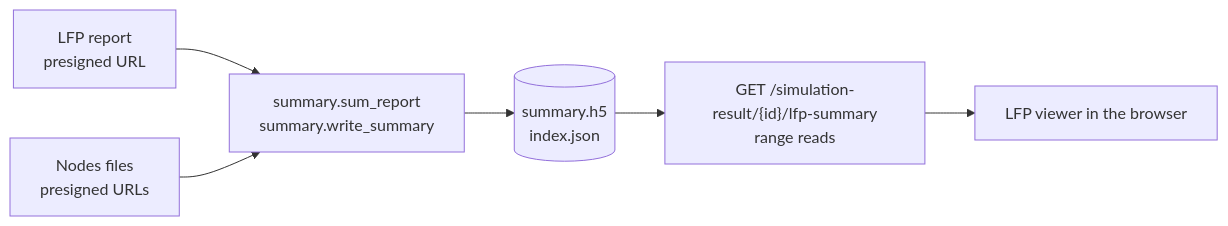
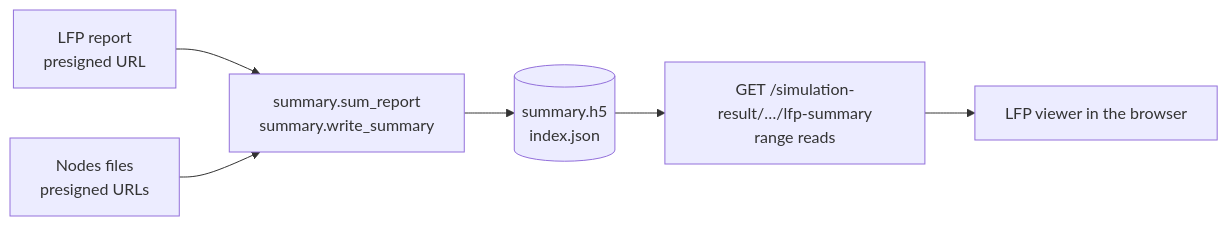
One commit to openbraininstitute/Bluenaas changed the diagram in app/core/lfp_summary/docs/README.md. Above: the diagram before and after it, drawn with Mermaid. The commit also changed other lines of this file and 1 other file, not shown here.

Commit message:
docs(lfp-summary): what changed since version 1, and which writer the build time is of

````diff
--- a/app/core/lfp_summary/docs/README.md
+++ b/app/core/lfp_summary/docs/README.md
@@ -16,8 +16,8 @@
 ```mermaid
 flowchart LR
     report["LFP report<br/>presigned URL"] --> build["summary.sum_report<br/>summary.write_summary"]
     nodes["Nodes files<br/>presigned URLs"] --> build
     build --> cache[("summary.h5<br/>index.json")]
-    cache --> api["GET /simulation-result/{id}/lfp-summary<br/>range reads"]
+    cache --> api["GET /simulation-result/…/lfp-summary<br/>range reads"]
     api --> viewer["LFP viewer in the browser"]
 ```
````
